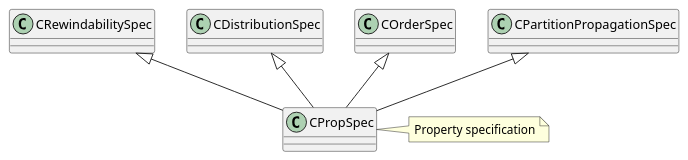
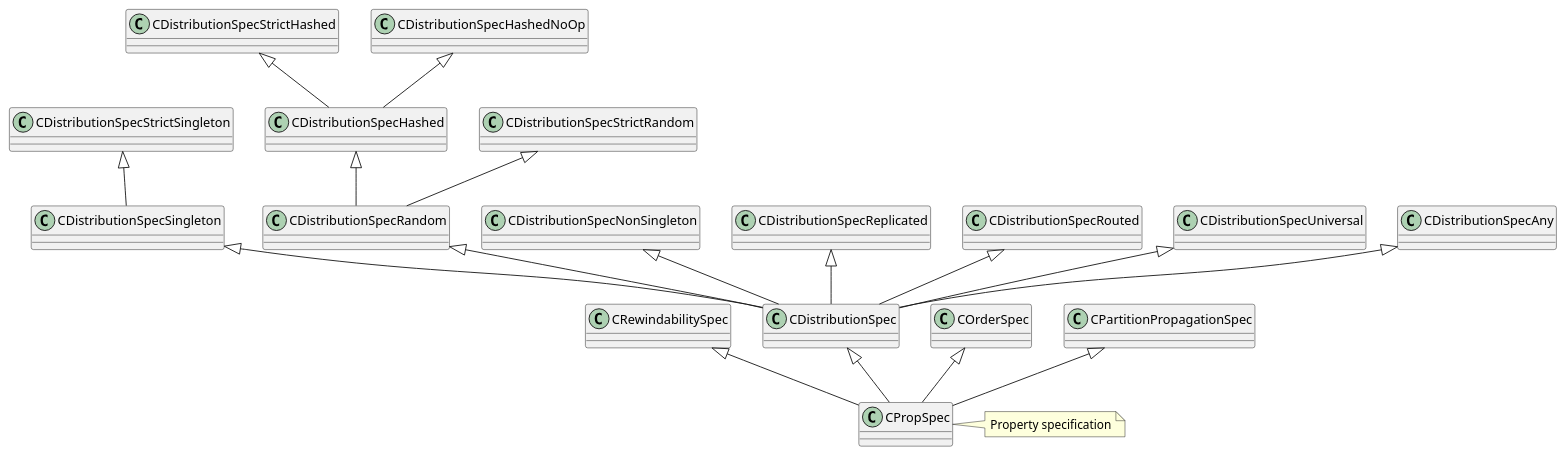
One commit to DepInjoy/geektime changed the fourth of 4 diagrams in doc/DB/ORCA/Optimization.md. Above: the diagram before and after it, drawn with PlantUML. The commit also changed 8 other files, not shown here.

````diff
--- a/doc/DB/ORCA/Optimization.md
+++ b/doc/DB/ORCA/Optimization.md
@@ -98,11 +98,28 @@
 ```plantuml
 @startuml
 class CPropSpec
 note right of CPropSpec : Property specification
 
 CRewindabilitySpec <|-- CPropSpec
 CDistributionSpec <|-- CPropSpec
+
+CDistributionSpecStrictSingleton <|-- CDistributionSpecSingleton
+
+CDistributionSpecRandom <|-- CDistributionSpec
+CDistributionSpecNonSingleton <|-- CDistributionSpec
+CDistributionSpecReplicated <|-- CDistributionSpec
+CDistributionSpecRouted <|-- CDistributionSpec
+CDistributionSpecUniversal  <|-- CDistributionSpec
+CDistributionSpecSingleton <|-- CDistributionSpec
+CDistributionSpecAny <|-- CDistributionSpec
+
+CDistributionSpecStrictHashed <|-- CDistributionSpecHashed
+CDistributionSpecHashed <|-- CDistributionSpecRandom
+CDistributionSpecStrictRandom <|-- CDistributionSpecRandom
+
+CDistributionSpecHashedNoOp <|-- CDistributionSpecHashed
+
 COrderSpec <|-- CPropSpec
 CPartitionPropagationSpec <|-- CPropSpec
 @enduml
 ```
````
